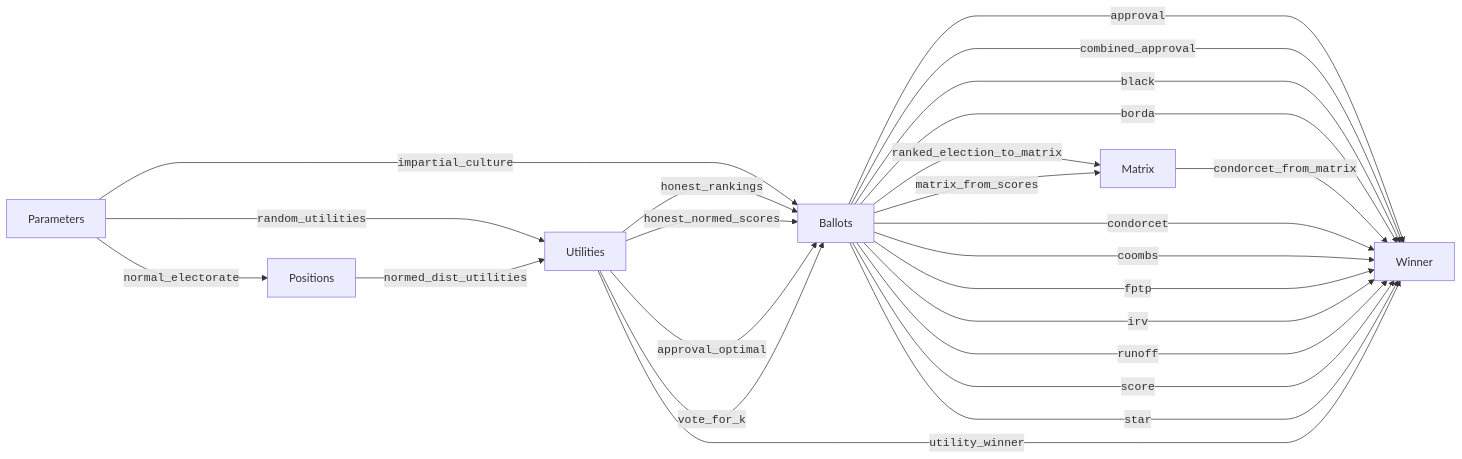
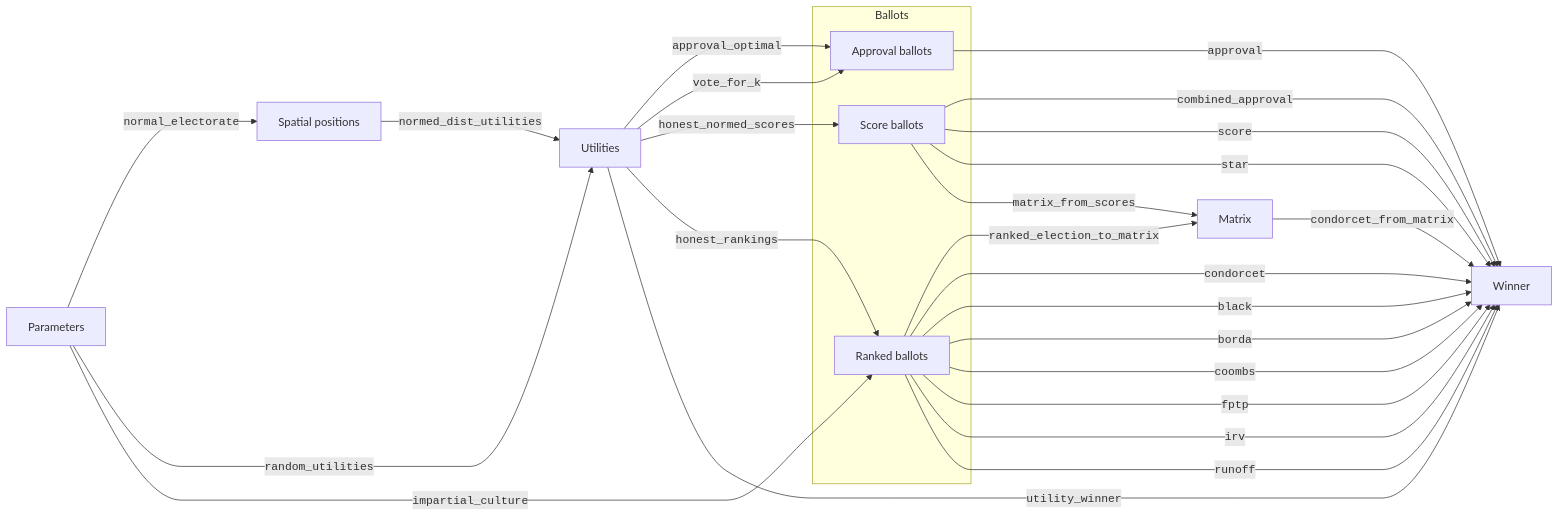
One commit to endolith/elsim changed the second of 2 diagrams in README.md. Above: the diagram before and after it, drawn with Mermaid. The commit also changed other lines of this file, not shown here.

Commit message:
Break up flowchart to show different ballot types
and rearrange items to simplify rendering

````diff
--- a/README.md
+++ b/README.md
@@ -84,52 +84,58 @@
 ```mermaid
 %%{ init: { 'flowchart': { 'curve': 'monotoneX' } } }%%
 flowchart LR
     %% elections.py
+    Parameters -- <code>normal_electorate</code> --> Positions[Spatial positions]
+    Positions -- <code>normed_dist_utilities</code> --> Utilities
     Parameters -- <code>random_utilities</code> --> Utilities
-    Parameters -- <code>impartial_culture</code> --> Ballots
-    Parameters -- <code>normal_electorate</code> --> Positions
-    Positions -- <code>normed_dist_utilities</code> --> Utilities
+    Parameters -- <code>impartial_culture</code> --> ranked_ballots
 
     %% strategies.py
-    Utilities -- <code>honest_rankings</code> --> Ballots
-    Utilities -- <code>honest_normed_scores</code> --> Ballots
-    Utilities -- <code>approval_optimal</code> --> Ballots
-    Utilities -- <code>vote_for_k</code> --> Ballots
+    Utilities -- <code>approval_optimal</code> --> approval_ballots
+    Utilities -- <code>vote_for_k</code> --> approval_ballots
+    Utilities -- <code>honest_normed_scores</code> --> score_ballots
+	Utilities -- <code>honest_rankings</code> --> ranked_ballots
+
+	subgraph Ballots
+		approval_ballots[Approval ballots]
+		score_ballots[Score ballots]
+		ranked_ballots[Ranked ballots]
+	end
 
     %% approval.py
-    Ballots -- <code>approval</code> --> Winner
-    Ballots -- <code>combined_approval</code> --> Winner
+    approval_ballots -- <code>approval</code> --> Winner
+    score_ballots -- <code>combined_approval</code> --> Winner
+
+    %% condorcet.py (moved out of order so it renders with fewer line collisions)
+    ranked_ballots -- <code>ranked_election_to_matrix</code> --> Matrix
+    Matrix -- <code>condorcet_from_matrix</code> --> Winner
+    ranked_ballots -- <code>condorcet</code> --> Winner
 
     %% black.py
-    Ballots -- <code>black</code> --> Winner
+    ranked_ballots -- <code>black</code> --> Winner
 
     %% borda.py
-    Ballots -- <code>borda</code> --> Winner
-
-    %% condorcet.py
-    Ballots -- <code>ranked_election_to_matrix</code> --> Matrix
-    Matrix -- <code>condorcet_from_matrix</code> --> Winner
-    Ballots -- <code>condorcet</code> --> Winner
+    ranked_ballots -- <code>borda</code> --> Winner
 
     %% coombs.py
-    Ballots -- <code>coombs</code> --> Winner
+    ranked_ballots -- <code>coombs</code> --> Winner
 
     %% fptp.py
-    Ballots -- <code>fptp</code> --> Winner
+    ranked_ballots -- <code>fptp</code> --> Winner
 
     %% irv.py
-    Ballots -- <code>irv</code> --> Winner
+    ranked_ballots -- <code>irv</code> --> Winner
 
     %% runoff.py
-    Ballots -- <code>runoff</code> --> Winner
+    ranked_ballots -- <code>runoff</code> --> Winner
 
     %% score.py
-    Ballots -- <code>score</code> --> Winner
+    score_ballots -- <code>score</code> --> Winner
 
     %% star.py
-    Ballots -- <code>matrix_from_scores</code> --> Matrix
-    Ballots -- <code>star</code> --> Winner
+    score_ballots -- <code>star</code> --> Winner
+    score_ballots -- <code>matrix_from_scores</code> --> Matrix
 
     %% utility_winner.py
     Utilities -- <code>utility_winner</code> --> Winner
 ```
````
